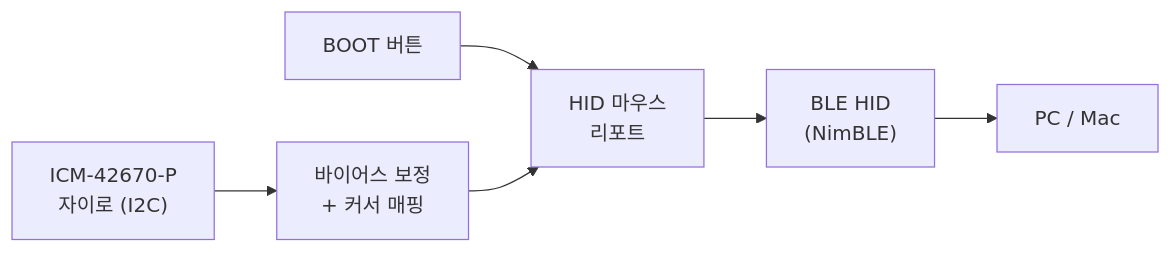
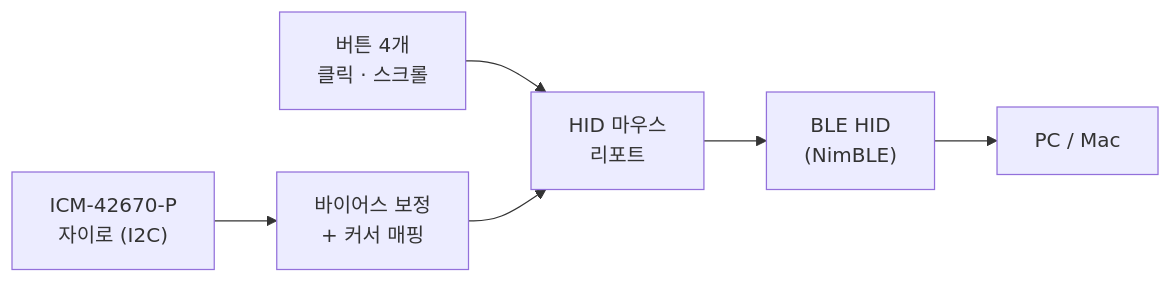
The diagram in README.md (barmi/esp32c3-airmouse), drawn with Mermaid before and after one commit. The commit also changed other lines of this file and 7 other files, not shown here.

````diff
--- a/README.md
+++ b/README.md
@@ -7,8 +7,8 @@
 ```mermaid
 flowchart LR
     IMU["ICM-42670-P<br/>자이로 (I2C)"] --> Map["바이어스 보정<br/>+ 커서 매핑"]
-    Btn["BOOT 버튼"] --> Report
+    Btn["버튼 4개<br/>클릭 · 스크롤"] --> Report
     Map --> Report["HID 마우스<br/>리포트"]
     Report --> BLE["BLE HID<br/>(NimBLE)"]
     BLE --> Host["PC / Mac"]
 ```
````
